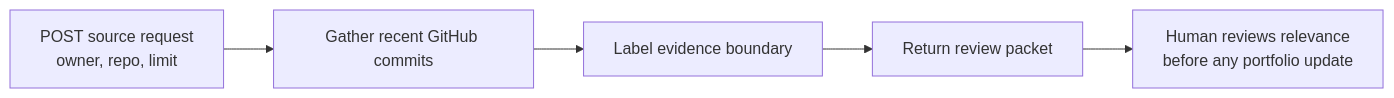
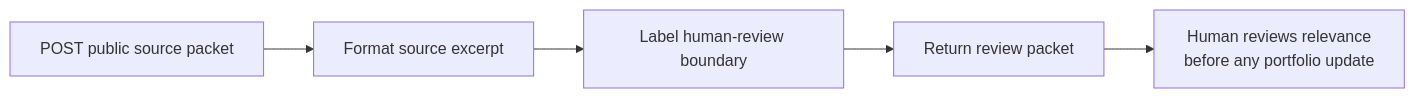
The diagram in docs/week-04-automation-walkthrough.md (iotserver24/flyrank-ai-fluency-portfolio), drawn with Mermaid before and after one commit. The commit also changed other lines of this file and 11 other files, not shown here.

````diff
--- a/docs/week-04-automation-walkthrough.md
+++ b/docs/week-04-automation-walkthrough.md
@@ -7,7 +7,7 @@
 ```mermaid
 flowchart LR
-    A[POST source request\nowner, repo, limit] --> B[Gather recent GitHub commits]
-    B --> C[Label evidence boundary]
+    A[POST public source packet] --> B[Format source excerpt]
+    B --> C[Label human-review boundary]
     C --> D[Return review packet]
     D --> E[Human reviews relevance\nbefore any portfolio update]
 ```
````
